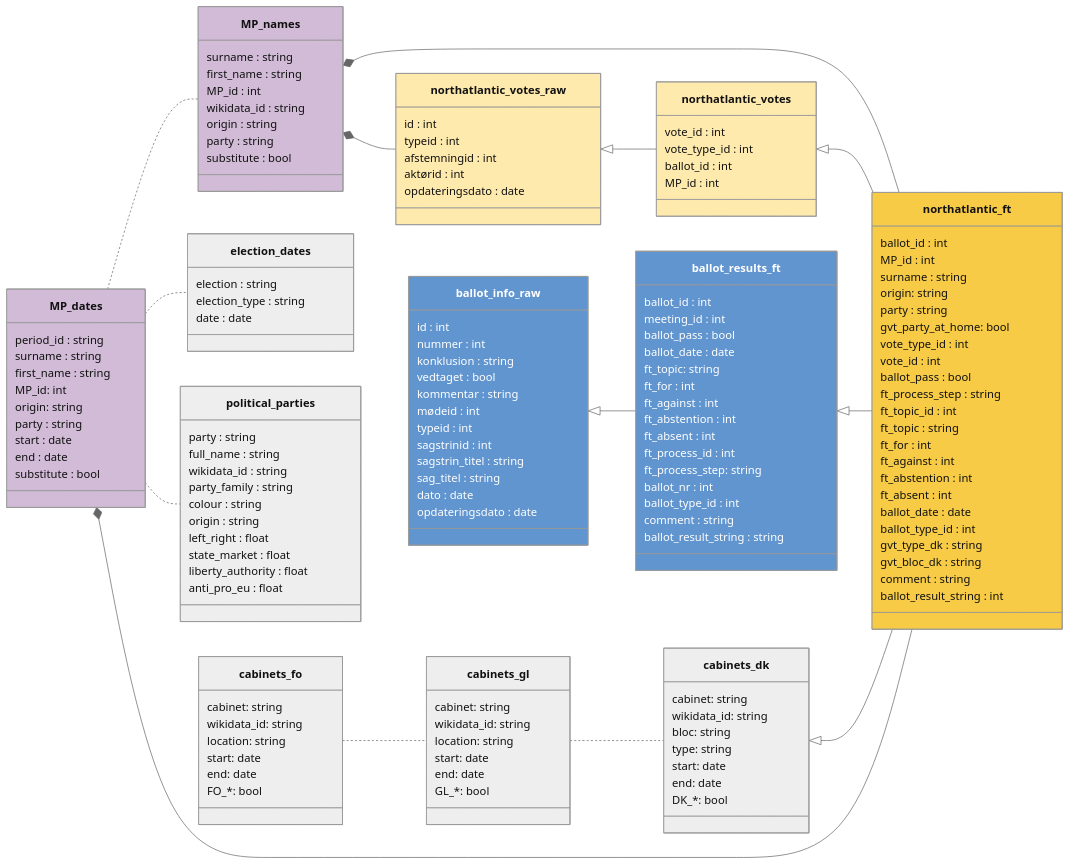
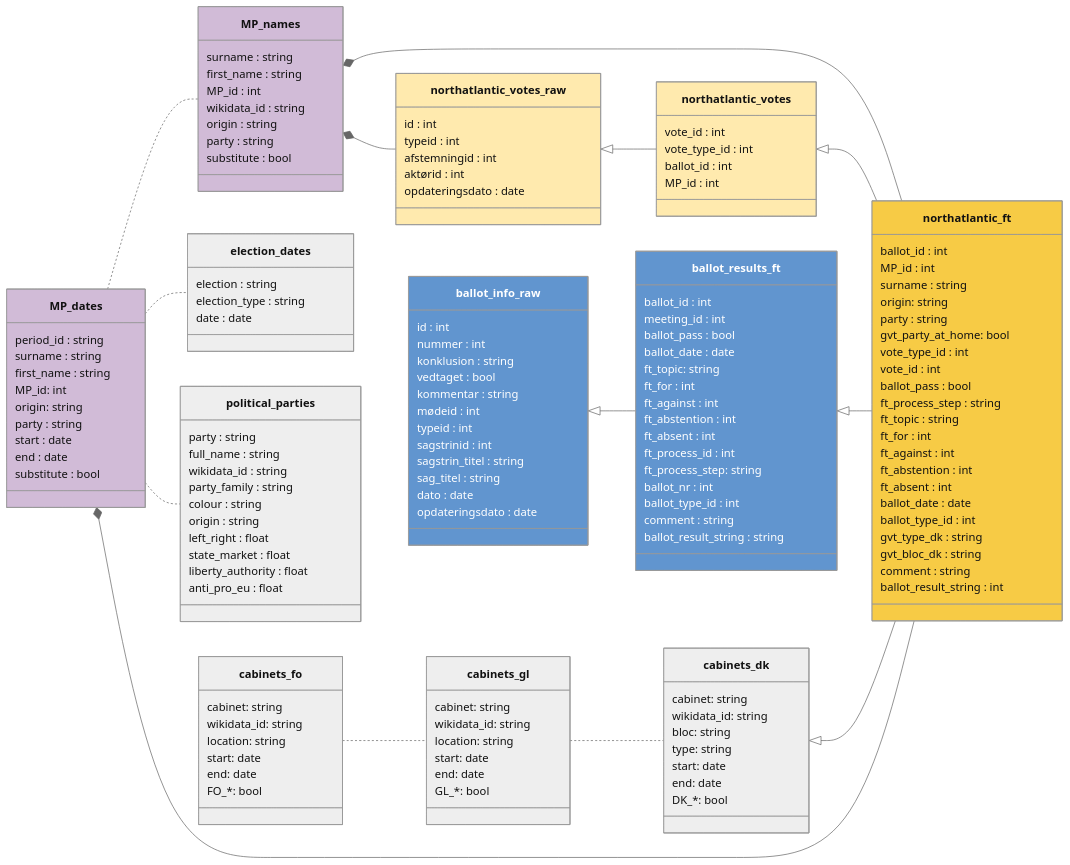
Before and after one commit to mtwente/nordatlantisk-ft: the diagram in docs/codebook_new.qmd, drawn with Mermaid (neutral theme). The commit also changed other lines of this file, not shown here.

```diff
--- a/docs/codebook_new.qmd
+++ b/docs/codebook_new.qmd
@@ -135,7 +135,6 @@
         vote_id : int
         ballot_pass : bool
         ft_process_step : string
-        ft_topic_id : int
         ft_topic : string
         ft_for : int
         ft_against : int
```
